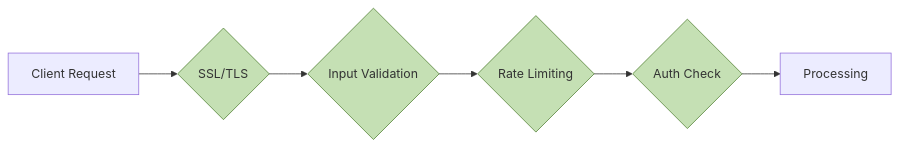
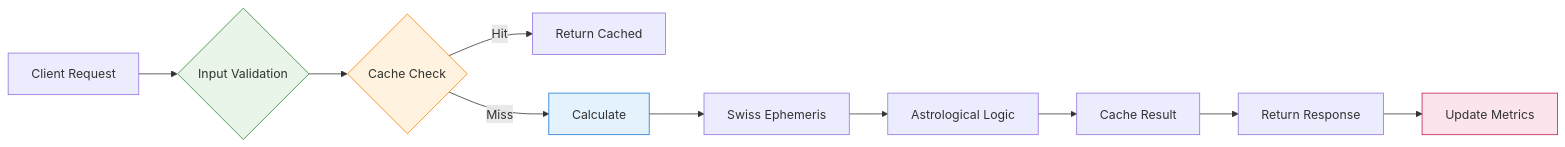
Before and after one commit to Project-Corp-Astro/Astro_Engine: the fifth of 22 diagrams in README.md, drawn with Mermaid. The commit also changed other lines of this file, not shown here.

````diff
--- a/README.md
+++ b/README.md
@@ -222,13 +474,17 @@
 ```mermaid
 graph LR
-    A[Client Request] --> B{SSL/TLS}
-    B --> C{Input Validation}
-    C --> D{Rate Limiting}
-    D --> E{Auth Check}
-    E --> F[Processing]
+    A[Client Request] --> B{Input Validation}
+    B --> C{Cache Check}
+    C -->|Hit| D[Return Cached]
+    C -->|Miss| E[Calculate]
+    E --> F[Swiss Ephemeris]
+    F --> G[Astrological Logic]
+    G --> H[Cache Result]
+    H --> I[Return Response]
+    I --> J[Update Metrics]
     
-    style B fill:#c5e0b4,stroke:#538135
-    style C fill:#c5e0b4,stroke:#538135
-    style D fill:#c5e0b4,stroke:#538135
-    style E fill:#c5e0b4,stroke:#538135
+    style B fill:#e8f5e8,stroke:#2e7d32
+    style C fill:#fff3e0,stroke:#f57c00
+    style E fill:#e3f2fd,stroke:#1976d2
+    style J fill:#fce4ec,stroke:#c2185b
 ```
````
